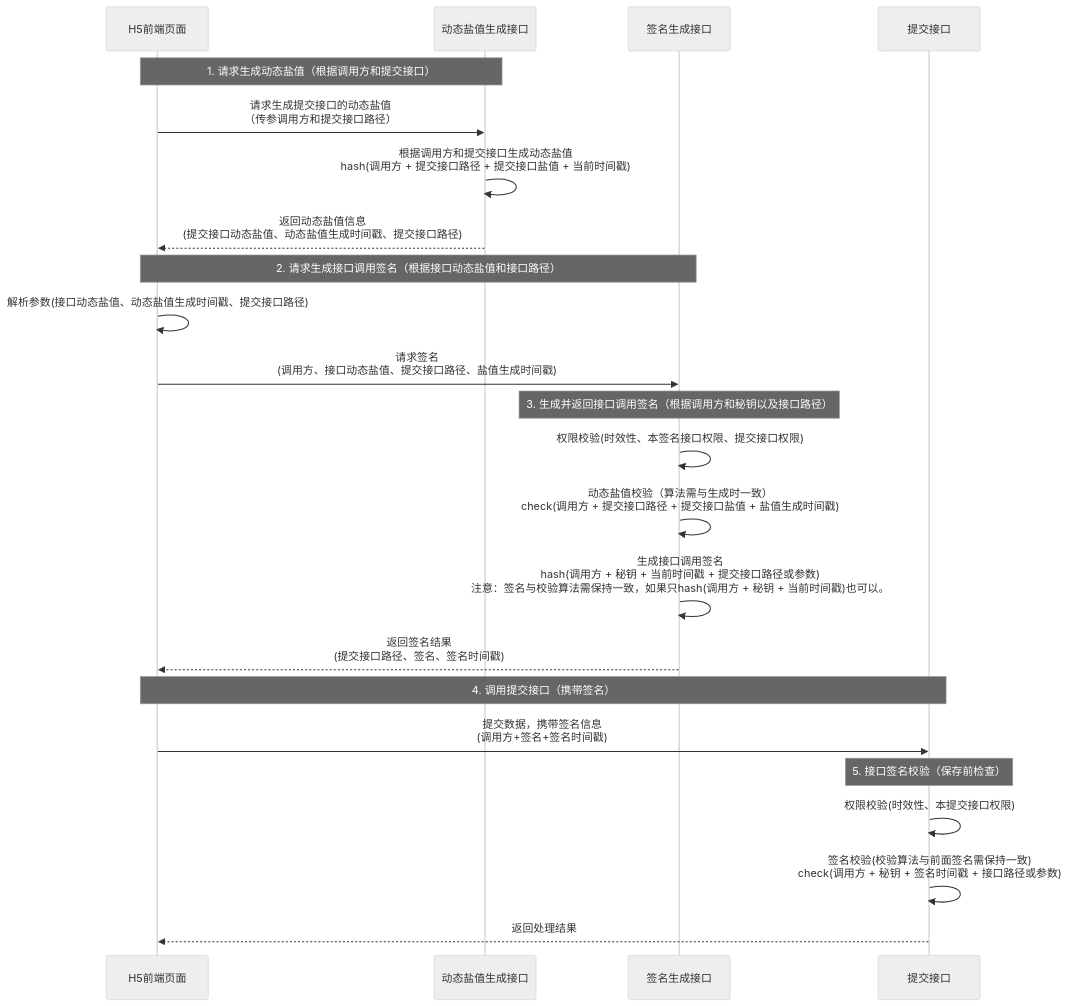
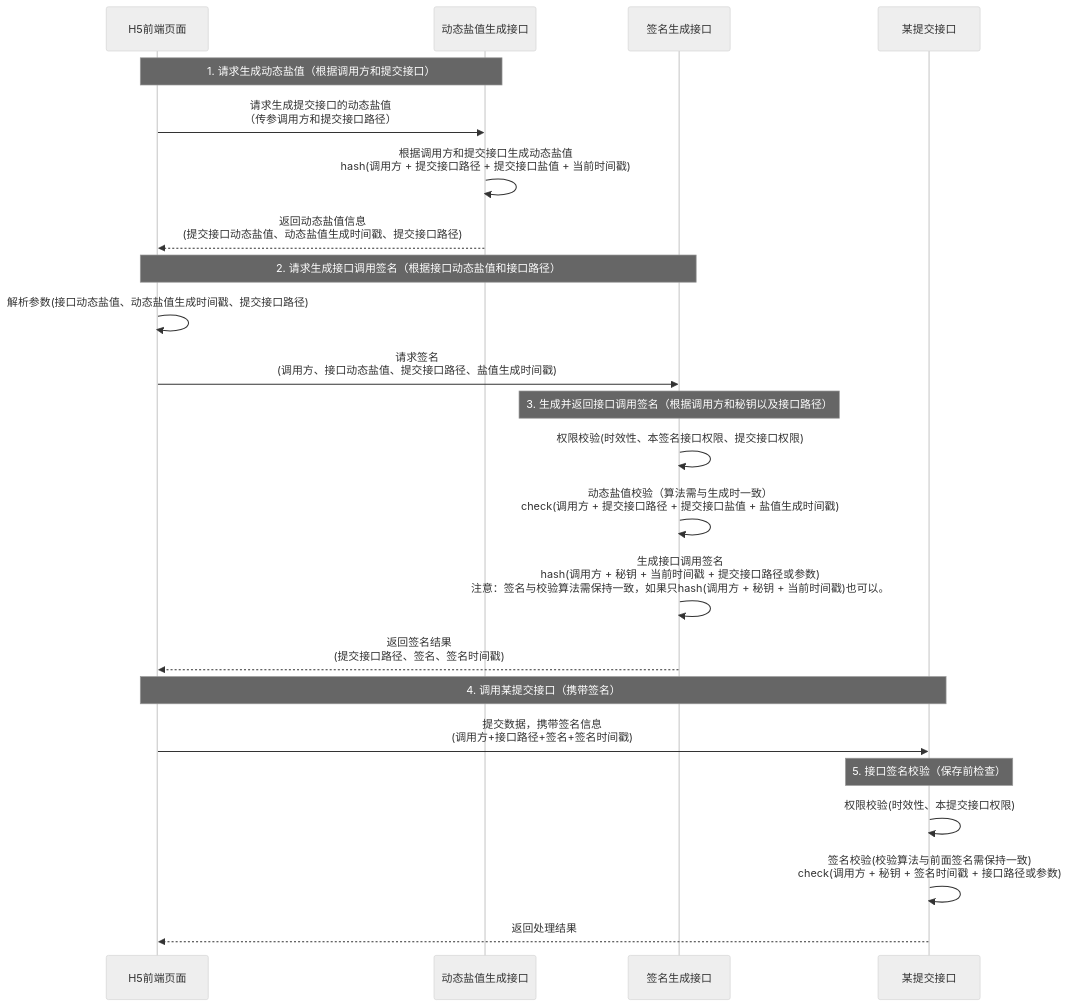
One commit to microwind/design-patterns changed the diagram in practice-projects/knife/DynamicSalt.md. Above: the diagram before and after it, drawn with Mermaid (neutral theme). The commit also changed other lines of this file and 29 other files, not shown here.

````diff
--- a/practice-projects/knife/DynamicSalt.md
+++ b/practice-projects/knife/DynamicSalt.md
@@ -6,30 +6,30 @@
 ```mermaid
 sequenceDiagram
     participant H5 as H5前端页面
     participant DynamicSaltGenerate as 动态盐值生成接口
     participant SignGenerate as 签名生成接口
-    participant SubmitInterface as 提交接口
+    participant SubmitInterface as 某提交接口
     
     Note over H5,DynamicSaltGenerate: 1. 请求生成动态盐值（根据调用方和提交接口）
     H5->>DynamicSaltGenerate: 请求生成提交接口的动态盐值<br/>（传参调用方和提交接口路径）
     DynamicSaltGenerate->>DynamicSaltGenerate: 根据调用方和提交接口生成动态盐值<br/>hash(调用方 + 提交接口路径 + 提交接口盐值 + 当前时间戳)
     DynamicSaltGenerate-->>H5: 返回动态盐值信息<br/>(提交接口动态盐值、动态盐值生成时间戳、提交接口路径)
     
     Note over H5, SignGenerate: 2. 请求生成接口调用签名（根据接口动态盐值和接口路径）
     H5->>H5: 解析参数(接口动态盐值、动态盐值生成时间戳、提交接口路径)
     H5->>SignGenerate: 请求签名<br/>(调用方、接口动态盐值、提交接口路径、盐值生成时间戳)
     
     Note over SignGenerate: 3. 生成并返回接口调用签名（根据调用方和秘钥以及接口路径）
     SignGenerate->>SignGenerate: 权限校验(时效性、本签名接口权限、提交接口权限)
     SignGenerate->>SignGenerate: 动态盐值校验（算法需与生成时一致）<br>check(调用方 + 提交接口路径 + 提交接口盐值 + 盐值生成时间戳)
     SignGenerate->>SignGenerate: 生成接口调用签名<br/>hash(调用方 + 秘钥 + 当前时间戳 + 提交接口路径或参数) <br/>注意：签名与校验算法需保持一致，如果只hash(调用方 + 秘钥 + 当前时间戳)也可以。
     SignGenerate-->>H5: 返回签名结果<br/>(提交接口路径、签名、签名时间戳)
     
-    Note over H5, SubmitInterface: 4. 调用提交接口（携带签名）
-    H5->>SubmitInterface: 提交数据，携带签名信息<br/>(调用方+签名+签名时间戳)
+    Note over H5, SubmitInterface: 4. 调用某提交接口（携带签名）
+    H5->>SubmitInterface: 提交数据，携带签名信息<br/>(调用方+接口路径+签名+签名时间戳)
     
     Note over SubmitInterface: 5. 接口签名校验（保存前检查）
     SubmitInterface->>SubmitInterface: 权限校验(时效性、本提交接口权限)
     SubmitInterface->>SubmitInterface: 签名校验(校验算法与前面签名需保持一致)<br/>check(调用方 + 秘钥 + 签名时间戳 + 接口路径或参数)
     SubmitInterface-->>H5: 返回处理结果
 ```
````
